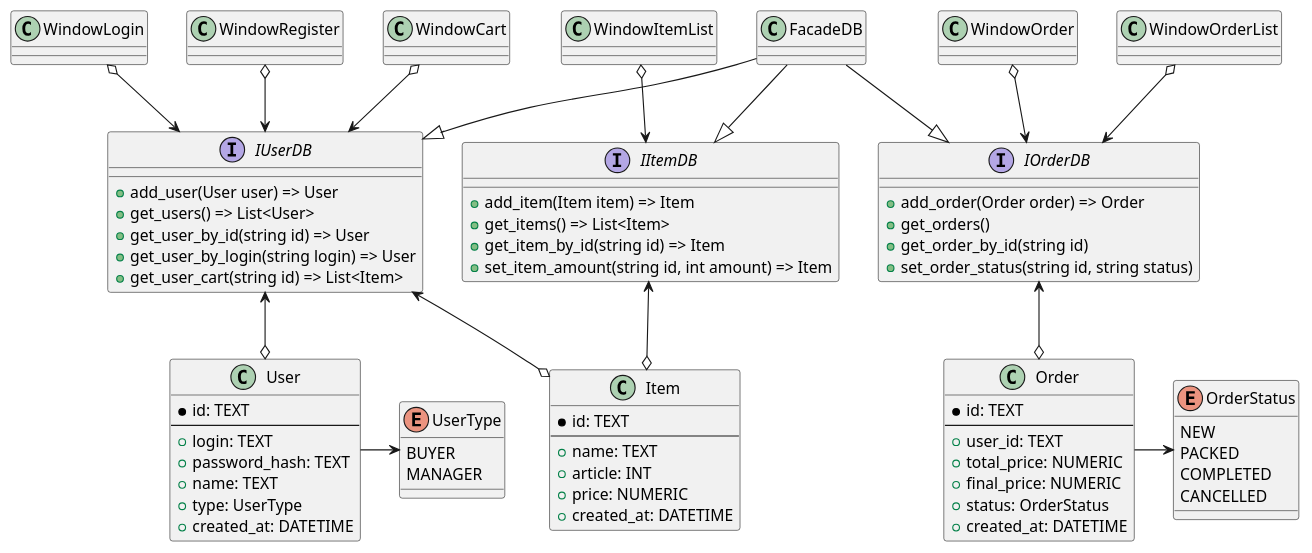
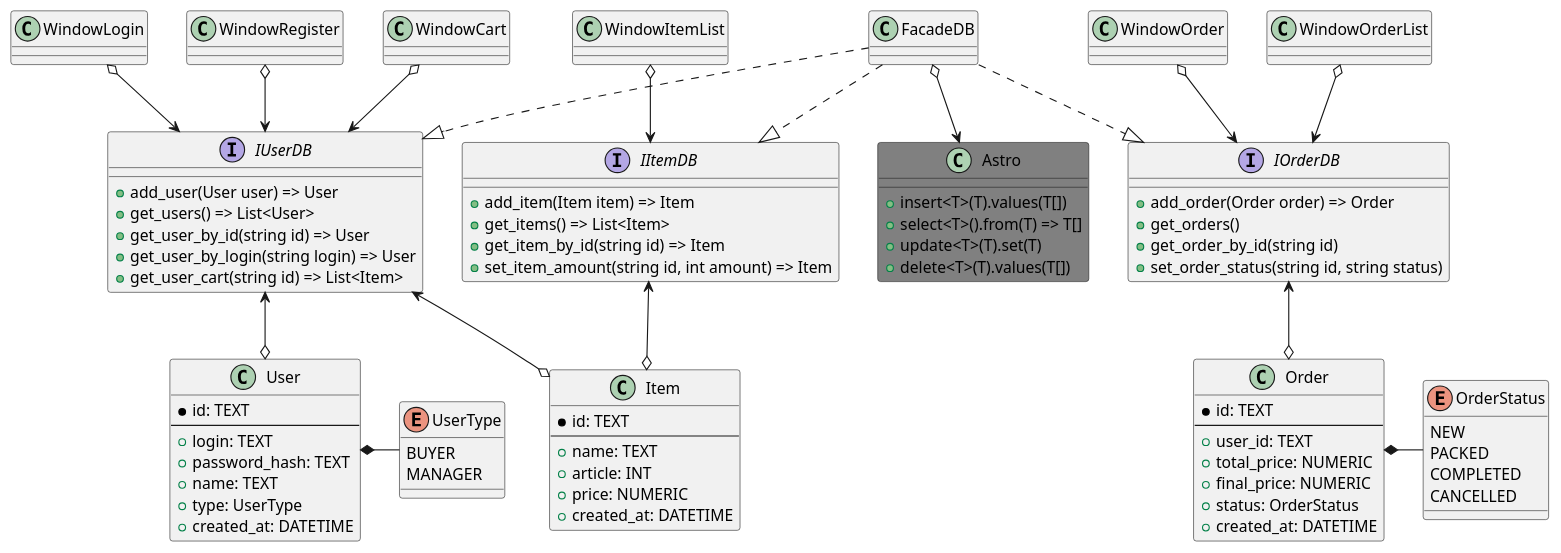
One commit to Efimish/university-4sem-pis-coursework changed the diagram in docs/classes.puml. Above: the diagram before and after it, drawn with PlantUML. The commit also changed 53 other files, not shown here.

```diff
--- a/docs/classes.puml
+++ b/docs/classes.puml
@@ -1,90 +1,101 @@
 @startuml Диаграмма классов
 
 class FacadeDB
 
 interface IUserDB {
   + add_user(User user) => User
   + get_users() => List<User>
   + get_user_by_id(string id) => User
   + get_user_by_login(string login) => User
   + get_user_cart(string id) => List<Item>
 }
 
 interface IItemDB {
   + add_item(Item item) => Item
   + get_items() => List<Item>
   + get_item_by_id(string id) => Item
   + set_item_amount(string id, int amount) => Item
 }
 
 interface IOrderDB {
   + add_order(Order order) => Order
   + get_orders()
   + get_order_by_id(string id)
   + set_order_status(string id, string status)
 }
 
-FacadeDB --|> IUserDB
-FacadeDB --|> IItemDB
-FacadeDB --|> IOrderDB
+FacadeDB ..|> IUserDB
+FacadeDB ..|> IItemDB
+FacadeDB ..|> IOrderDB
 
 IUserDB <--o User
 IUserDB <--o Item
 IItemDB <--o Item
 IOrderDB <--o Order
 
 class User {
   * id: TEXT
   --
   + login: TEXT
   + password_hash: TEXT
   + name: TEXT
   + type: UserType
   + created_at: DATETIME
 }
 
 enum UserType {
   BUYER
   MANAGER
 }
 
-User -> UserType
+User *- UserType
 
 class Item {
   * id: TEXT
   --
   + name: TEXT
   + article: INT
   + price: NUMERIC
   + created_at: DATETIME
 }
 
 class Order {
   * id: TEXT
   --
   + user_id: TEXT
   + total_price: NUMERIC
   + final_price: NUMERIC
   + status: OrderStatus
   + created_at: DATETIME
 }
 
 enum OrderStatus {
   NEW
   PACKED
   COMPLETED
   CANCELLED
 }
 
-Order -> OrderStatus
+Order *- OrderStatus
 
 ' WINDOWS
 
 WindowLogin o--> IUserDB
 WindowRegister o--> IUserDB
 WindowCart o--> IUserDB
 WindowItemList o--> IItemDB
 WindowOrderList o--> IOrderDB
 WindowOrder o--> IOrderDB
 
+' ORM
+
+class Astro #grey {
+  + insert<T>(T).values(T[])
+  + select<T>().from(T) => T[]
+  + update<T>(T).set(T)
+  + delete<T>(T).values(T[])
+}
+
+FacadeDB o--> Astro
+
 @enduml
```
